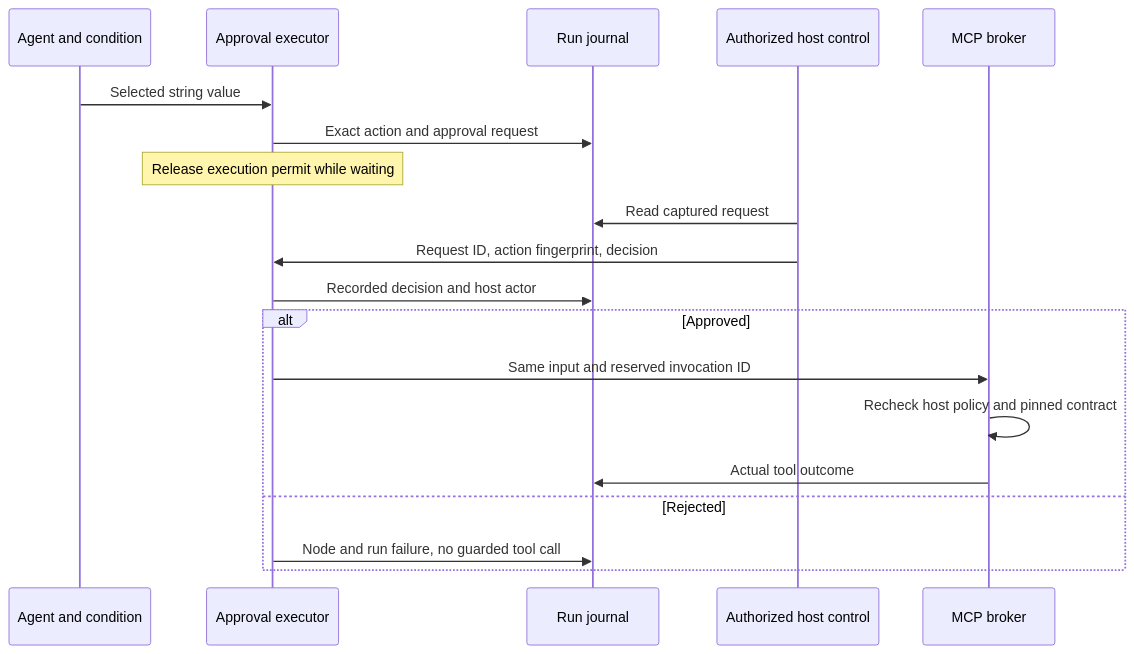
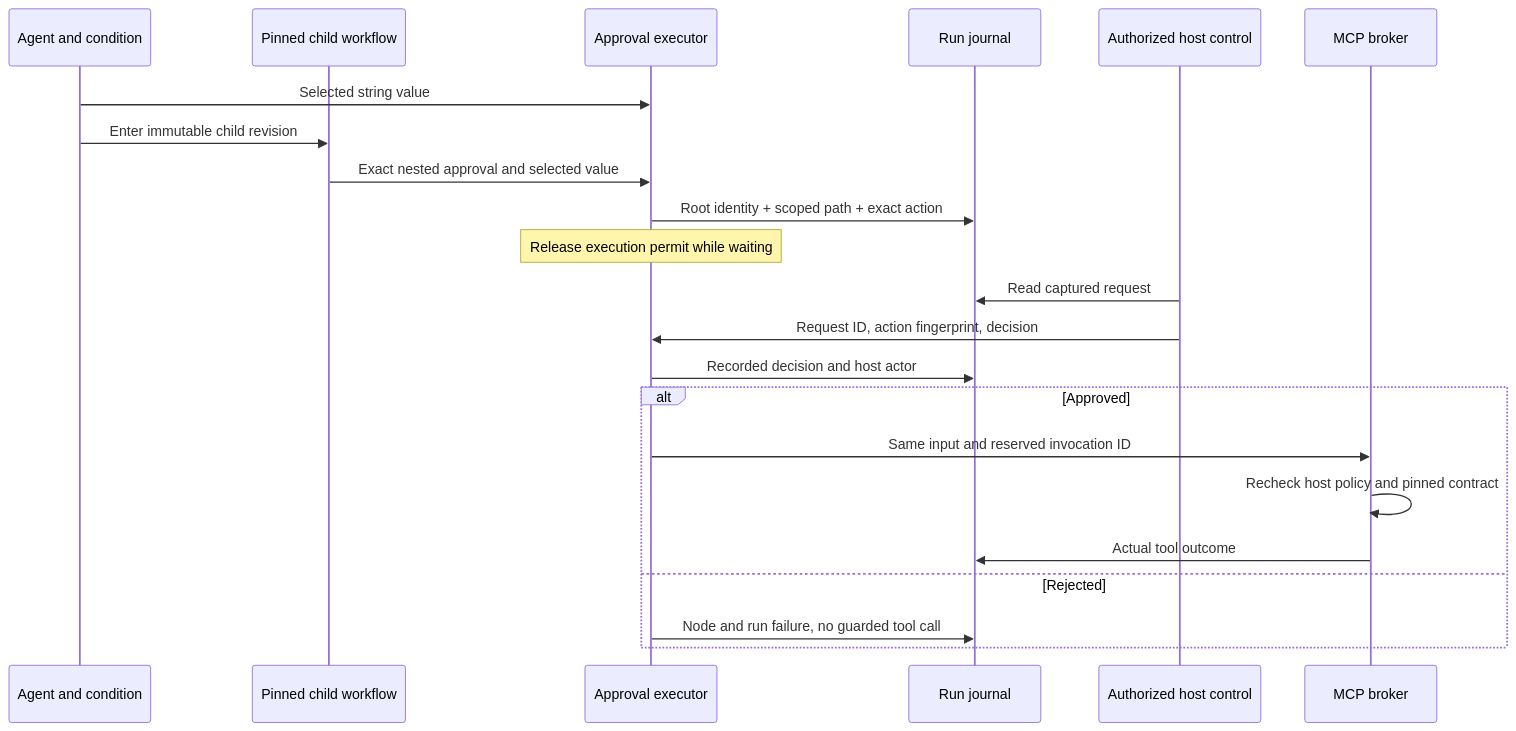
One commit to gnalvesteffer/visual-agent-workflow changed the diagram in docs/approvals.md. Above: the diagram before and after it, drawn with Mermaid. The commit also changed other lines of this file and 17 other files, not shown here.

Commit message:
feat: support scoped approvals in child workflows

````diff
--- a/docs/approvals.md
+++ b/docs/approvals.md
@@ -5,21 +5,24 @@
 ```mermaid
 sequenceDiagram
     participant Agent as Agent and condition
+    participant Child as Pinned child workflow
     participant Gate as Approval executor
     participant Journal as Run journal
     participant Reviewer as Authorized host control
     participant Tool as MCP broker
     Agent->>Gate: Selected string value
-    Gate->>Journal: Exact action and approval request
+    Agent->>Child: Enter immutable child revision
+    Child->>Gate: Exact nested approval and selected value
+    Gate->>Journal: Root identity + scoped path + exact action
     Note over Gate: Release execution permit while waiting
     Reviewer->>Journal: Read captured request
     Reviewer->>Gate: Request ID, action fingerprint, decision
     Gate->>Journal: Recorded decision and host actor
     alt Approved
         Gate->>Tool: Same input and reserved invocation ID
         Tool->>Tool: Recheck host policy and pinned contract
         Tool->>Journal: Actual tool outcome
     else Rejected
         Gate->>Journal: Node and run failure, no guarded tool call
     end
 ```
````
